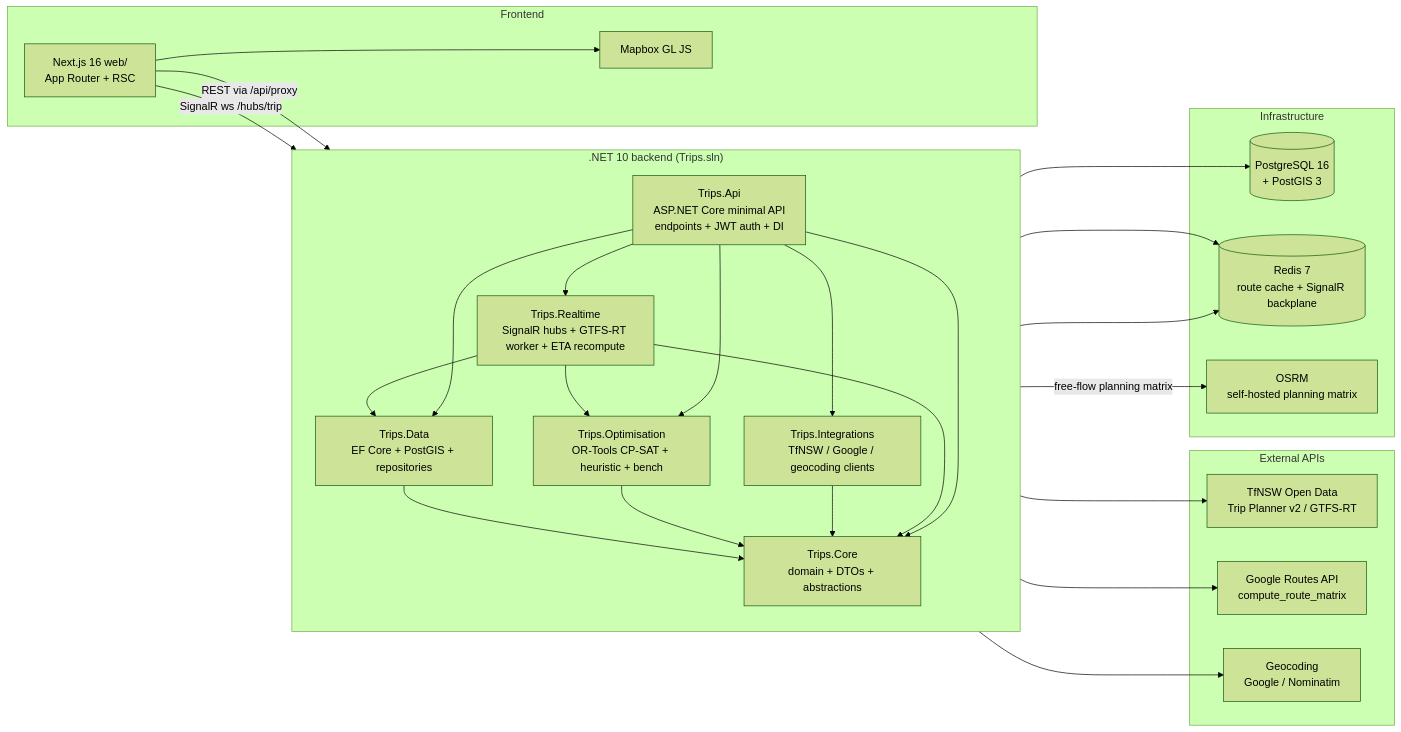
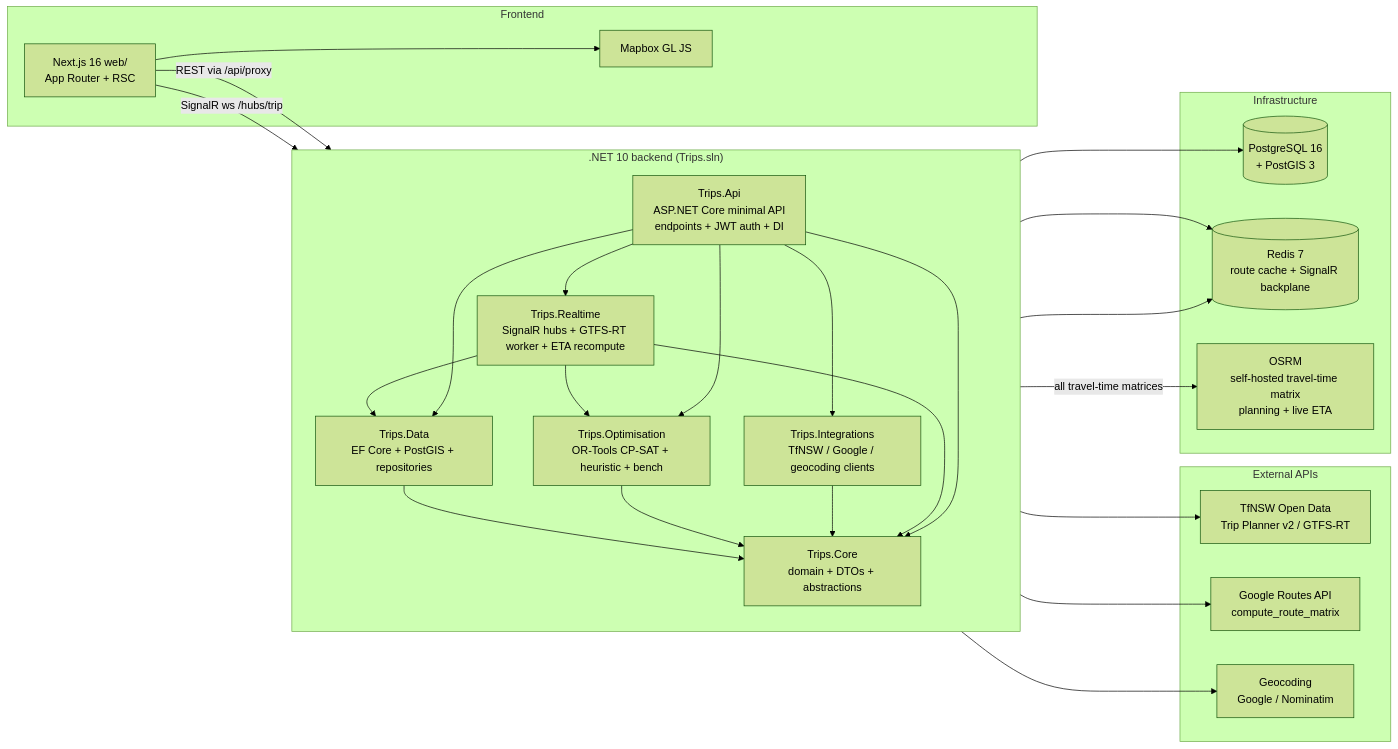
Before and after one commit to cosykid/SydneyTrips: the first of 2 diagrams in docs/architecture.md, drawn with Mermaid (forest theme). The commit also changed other lines of this file and 3 other files, not shown here.

First line of the commit message:
Docs: OSRM serves all matrices; note Apple Silicon emulation + AirPlay

````diff
--- a/docs/architecture.md
+++ b/docs/architecture.md
@@ -11,54 +11,54 @@
 ```mermaid
 flowchart LR
   subgraph external[External APIs]
     tfnsw[TfNSW Open Data\nTrip Planner v2 / GTFS-RT]
     google[Google Routes API\ncompute_route_matrix]
     geocoder[Geocoding\nGoogle / Nominatim]
   end
 
   subgraph backend[".NET 10 backend (Trips.sln)"]
     direction TB
     core[Trips.Core\ndomain + DTOs + abstractions]
     data[Trips.Data\nEF Core + PostGIS + repositories]
     opt[Trips.Optimisation\nOR-Tools CP-SAT + heuristic + bench]
     integ[Trips.Integrations\nTfNSW / Google / geocoding clients]
     rt[Trips.Realtime\nSignalR hubs + GTFS-RT worker + ETA recompute]
     api[Trips.Api\nASP.NET Core minimal API\nendpoints + JWT auth + DI]
 
     data --> core
     opt --> core
     integ --> core
     rt --> core
     rt --> data
     rt --> opt
     api --> core
     api --> data
     api --> opt
     api --> integ
     api --> rt
   end
 
   subgraph infra[Infrastructure]
     pg[(PostgreSQL 16\n+ PostGIS 3)]
     redis[(Redis 7\nroute cache + SignalR backplane)]
-    osrm[OSRM\nself-hosted planning matrix]
+    osrm[OSRM\nself-hosted travel-time matrix\nplanning + live ETA]
   end
 
   subgraph frontend[Frontend]
     next[Next.js 16 web/\nApp Router + RSC]
     map[Mapbox GL JS]
   end
 
   integ --> tfnsw
   integ --> google
   integ --> geocoder
-  integ -- "free-flow planning matrix" --> osrm
+  integ -- "all travel-time matrices" --> osrm
 
   api --> pg
   api --> redis
   rt --> redis
 
   next -- "REST via /api/proxy" --> api
   next -- "SignalR ws /hubs/trip" --> rt
   next --> map
 ```
````
